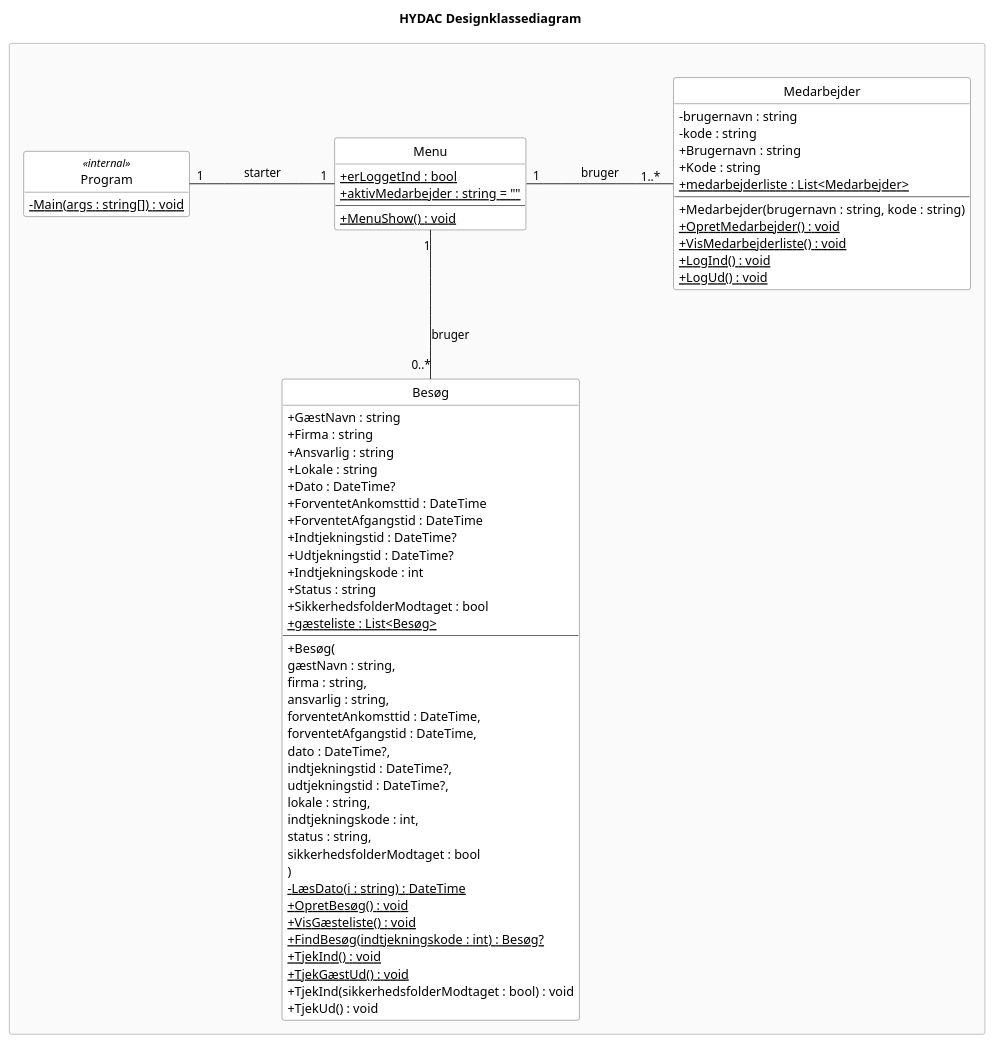
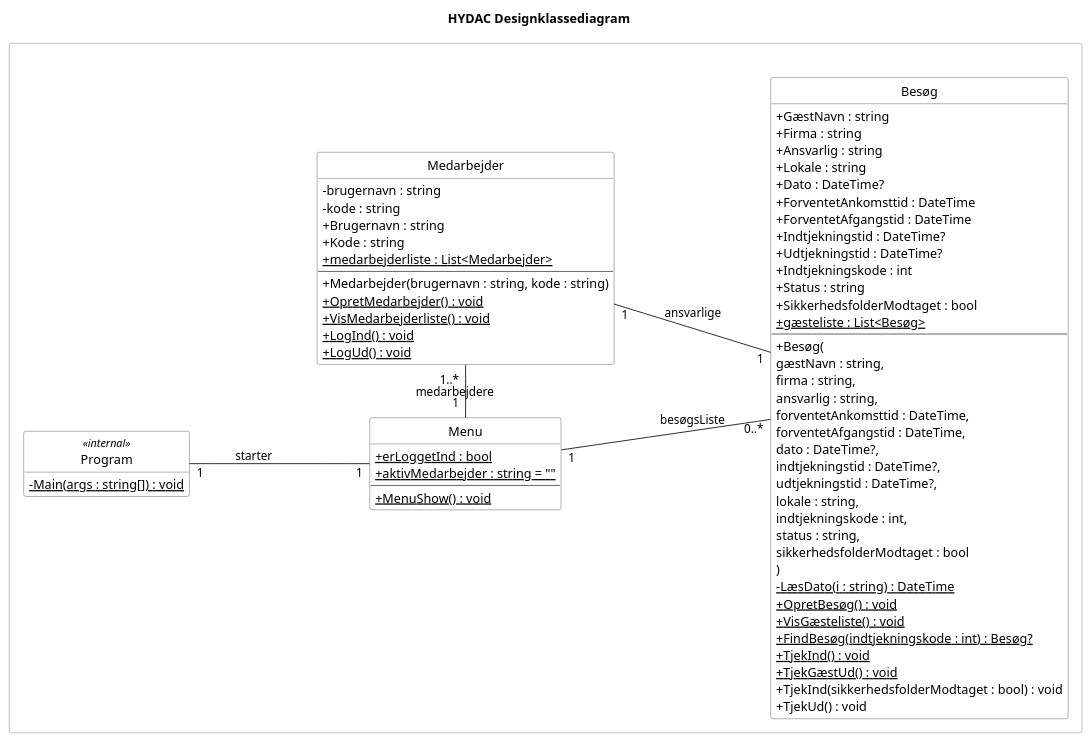
One commit to Zoabz/Hydac changed the diagram in 7. Design Class Diagram/7. Design Class Diagram.puml. Above: the diagram before and after it, drawn with PlantUML.

```diff
--- a/7. Design Class Diagram/7. Design Class Diagram.puml
+++ b/7. Design Class Diagram/7. Design Class Diagram.puml
@@ -1,97 +1,98 @@
 @startuml
 title HYDAC Designklassediagram
 
 hide circle
 hide empty members
 
 skinparam classAttributeIconSize 0
 skinparam pageMargin 40
-skinparam nodesep 120
-skinparam ranksep 80
+left to right direction
+skinparam nodesep 40
+skinparam ranksep 100
 
 skinparam rectangle {
-    BackgroundColor #FAFAFA
+    BackgroundColor white
     BorderColor #BBBBBB
 }
 
 skinparam class {
     BackgroundColor white
     BorderColor #555555
 }
 
 rectangle " " as bakgrund {
 
 class Program <<internal>> {
     - {static} Main(args : string[]) : void
 }
 
 
 class Menu {
     + {static} erLoggetInd : bool
     + {static} aktivMedarbejder : string = ""
     --
     + {static} MenuShow() : void
 }
 
 
 class Medarbejder {
     - brugernavn : string
     - kode : string
     + Brugernavn : string
     + Kode : string
     + {static} medarbejderliste : List<Medarbejder>
     --
     + Medarbejder(brugernavn : string, kode : string)
     + {static} OpretMedarbejder() : void
     + {static} VisMedarbejderliste() : void
     + {static} LogInd() : void
     + {static} LogUd() : void
 }
 
 
 class Besøg {
     + GæstNavn : string
     + Firma : string
     + Ansvarlig : string
     + Lokale : string
     + Dato : DateTime?
     + ForventetAnkomsttid : DateTime
     + ForventetAfgangstid : DateTime
     + Indtjekningstid : DateTime?
     + Udtjekningstid : DateTime?
     + Indtjekningskode : int
     + Status : string
     + SikkerhedsfolderModtaget : bool
     + {static} gæsteliste : List<Besøg>
     --
     + Besøg(
         gæstNavn : string,
         firma : string,
         ansvarlig : string,
         forventetAnkomsttid : DateTime,
         forventetAfgangstid : DateTime,
         dato : DateTime?,
         indtjekningstid : DateTime?,
         udtjekningstid : DateTime?,
         lokale : string,
         indtjekningskode : int,
         status : string,
         sikkerhedsfolderModtaget : bool
     )
     - {static} LæsDato(i : string) : DateTime
     + {static} OpretBesøg() : void
     + {static} VisGæsteliste() : void
     + {static} FindBesøg(indtjekningskode : int) : Besøg?
     + {static} TjekInd() : void
     + {static} TjekGæstUd() : void
     + TjekInd(sikkerhedsfolderModtaget : bool) : void
     + TjekUd() : void
 }
 
-Program "1" -right- "1" Menu : starter
-Menu "1" -down- "0..*" Besøg : bruger
-Menu "1  " -right- "1..*  " Medarbejder :   bruger
-
+Program "1" -- "1" Menu : starter
+Menu "1" -- "0..*" Besøg : besøgsListe
+Menu "1  " - "1..*  " Medarbejder :   medarbejdere
+Medarbejder "1" -- "1" Besøg : ansvarlige
 }
 
 @enduml
```
